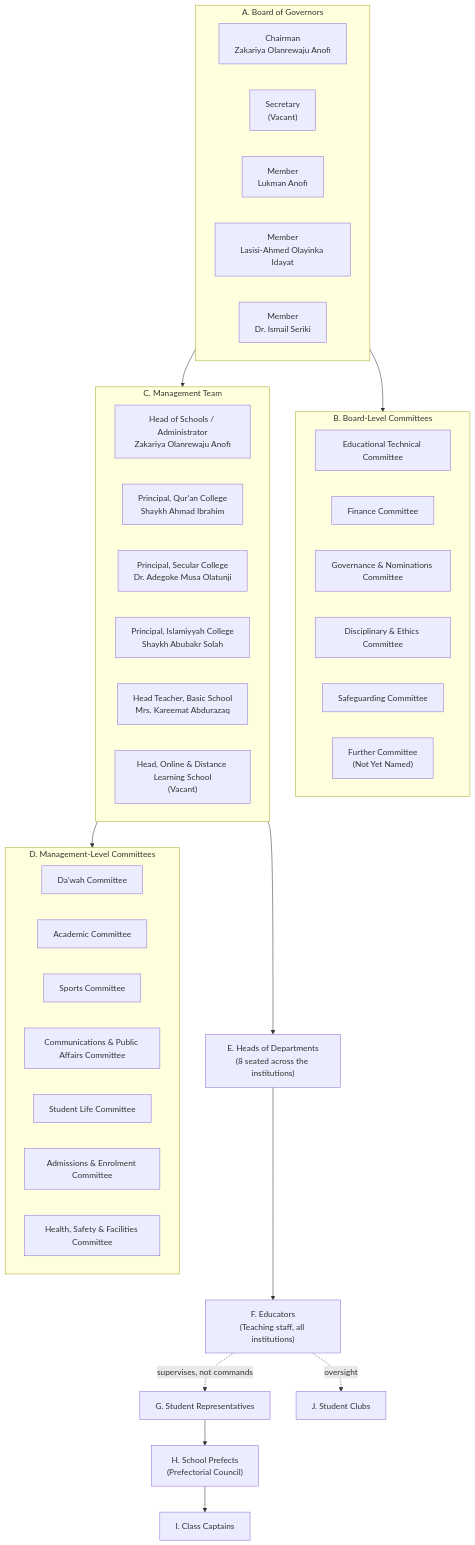
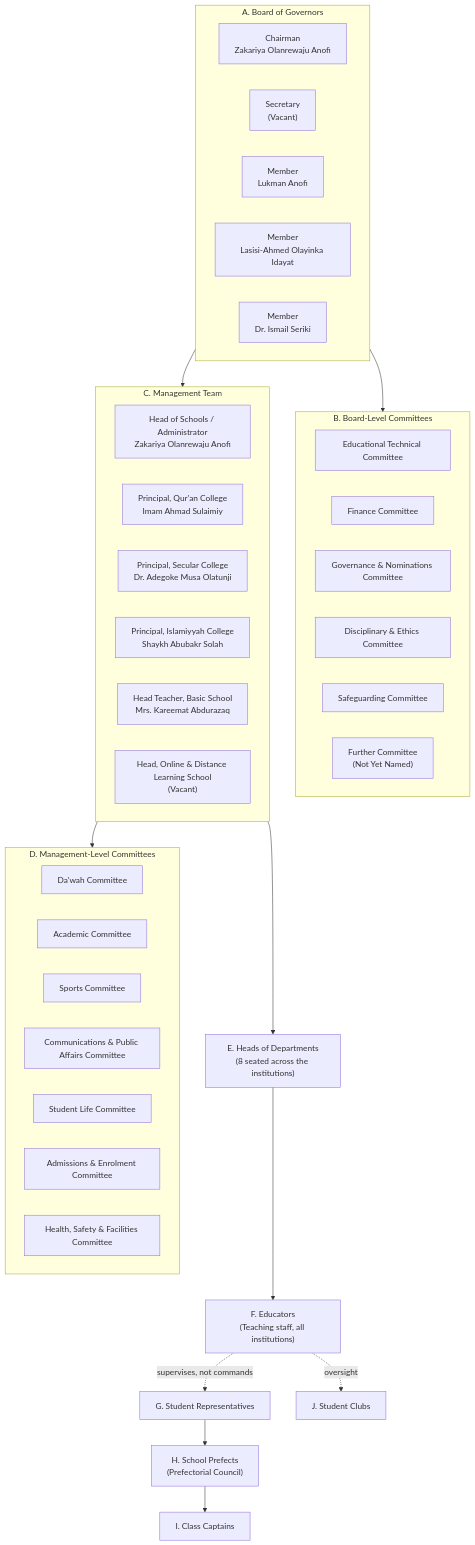
The first of 4 diagrams in docs/organisational-structure-manual.md (ahmadsulaimiy1/Sultan-), drawn with Mermaid before and after one commit. The commit also changed other lines of this file and 31 other files, not shown here.

````diff
--- a/docs/organisational-structure-manual.md
+++ b/docs/organisational-structure-manual.md
@@ -64,55 +64,55 @@
 ```mermaid
 flowchart TD
   subgraph A["A. Board of Governors"]
     A_Chair["Chairman<br/>Zakariya Olanrewaju Anofi"]
     A_Sec["Secretary<br/>(Vacant)"]
     A_M1["Member<br/>Lukman Anofi"]
     A_M2["Member<br/>Lasisi-Ahmed Olayinka Idayat"]
     A_M3["Member<br/>Dr. Ismail Seriki"]
   end
 
   subgraph B["B. Board-Level Committees"]
     B_ETC["Educational Technical Committee"]
     B_FC["Finance Committee"]
     B_GN["Governance & Nominations Committee"]
     B_DE["Disciplinary & Ethics Committee"]
     B_SG["Safeguarding Committee"]
     B_TBD["Further Committee<br/>(Not Yet Named)"]
   end
 
   subgraph C["C. Management Team"]
     C_HoS["Head of Schools / Administrator<br/>Zakariya Olanrewaju Anofi"]
-    C_P1["Principal, Qur'an College<br/>Shaykh Ahmad Ibrahim"]
+    C_P1["Principal, Qur'an College<br/>Imam Ahmad Sulaimiy"]
     C_P2["Principal, Secular College<br/>Dr. Adegoke Musa Olatunji"]
     C_P3["Principal, Islamiyyah College<br/>Shaykh Abubakr Solah"]
     C_HT["Head Teacher, Basic School<br/>Mrs. Kareemat Abdurazaq"]
     C_P5["Head, Online &amp; Distance Learning School<br/>(Vacant)"]
   end
 
   subgraph D["D. Management-Level Committees"]
     D_DW["Da'wah Committee"]
     D_AC["Academic Committee"]
     D_SP["Sports Committee"]
     D_CPA["Communications & Public Affairs Committee"]
     D_SL["Student Life Committee"]
     D_AE["Admissions & Enrolment Committee"]
     D_HSF["Health, Safety & Facilities Committee"]
   end
 
   E["E. Heads of Departments<br/>(8 seated across the institutions)"]
   F["F. Educators<br/>(Teaching staff, all institutions)"]
   G["G. Student Representatives"]
   H["H. School Prefects<br/>(Prefectorial Council)"]
   I["I. Class Captains"]
   J["J. Student Clubs"]
 
   A --> B
   A --> C
   C --> D
   C --> E
   E --> F
   F -.supervises, not commands.-> G
   G --> H
   H --> I
   F -.oversight.-> J
 ```
````
